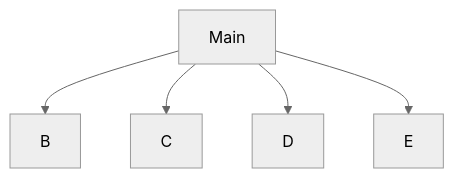
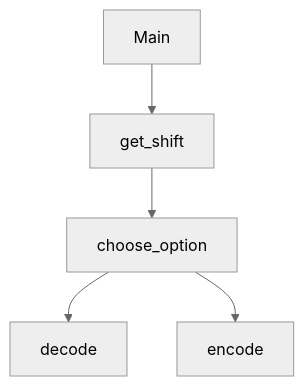
The diagram in README.md (goob796/Ceasar-Cipher), drawn with Mermaid (neutral theme) before and after one commit.

Commit message:
Update flowchart for Ceasar Cipher in README

````diff
--- a/README.md
+++ b/README.md
@@ -15,7 +15,7 @@
 ```mermaid
 graph TD;
-  Main-->B;
-  Main-->C;
-  Main-->D;
-  Main-->E;
+  Main-->get_shift;
+  get_shift-->choose_option;
+  choose_option-->decode;
+  choose_option-->encode;
 ```
````
